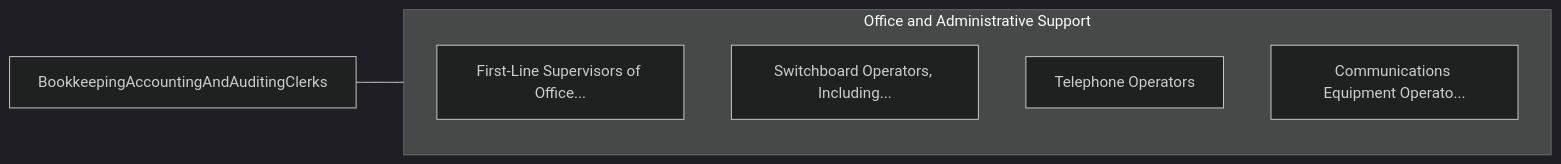
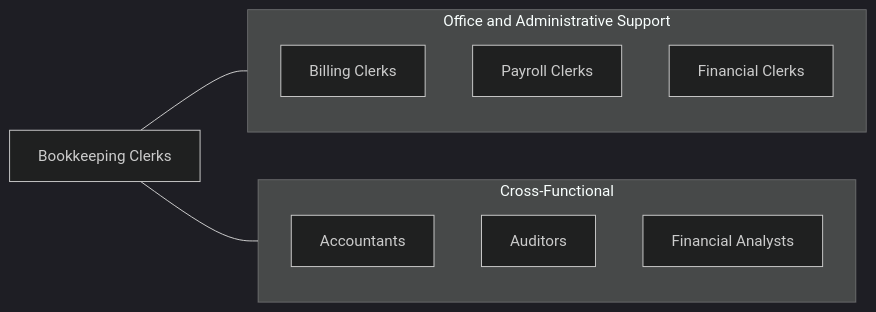
One commit to kziemski/business.org.ai changed the fourth of 4 diagrams in occupations/Administrative/BookkeepingAccountingAndAuditingClerks.mdx. Above: the diagram before and after it, drawn with Mermaid (dark theme). The commit also changed other lines of this file and 938 other files, not shown here.

````diff
--- a/occupations/Administrative/BookkeepingAccountingAndAuditingClerks.mdx
+++ b/occupations/Administrative/BookkeepingAccountingAndAuditingClerks.mdx
@@ -122,13 +168,19 @@
 ```mermaid
 graph LR
-    Current["BookkeepingAccountingAndAuditingClerks"]
+    Current["Bookkeeping Clerks"]
 
     subgraph SameCategory["Office and Administrative Support"]
-        FirstLineSupervisors["First-Line Supervisors of Office..."]
-        SwitchboardOperators["Switchboard Operators, Including..."]
-        TelephoneOperators["Telephone Operators"]
-        CommunicationsEquipm["Communications Equipment Operato..."]
+        Billing["Billing Clerks"]
+        Payroll["Payroll Clerks"]
+        FinClerks["Financial Clerks"]
+    end
+
+    subgraph CrossFunctional["Cross-Functional"]
+        Accountants["Accountants"]
+        Auditors["Auditors"]
+        FinAnalysts["Financial Analysts"]
     end
 
     Current --- SameCategory
+    Current --- CrossFunctional
 ```
````
